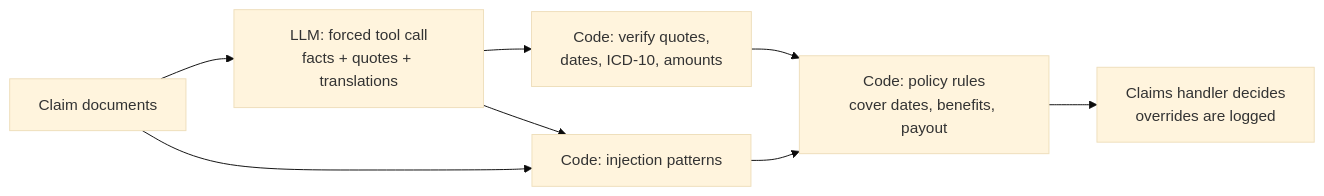
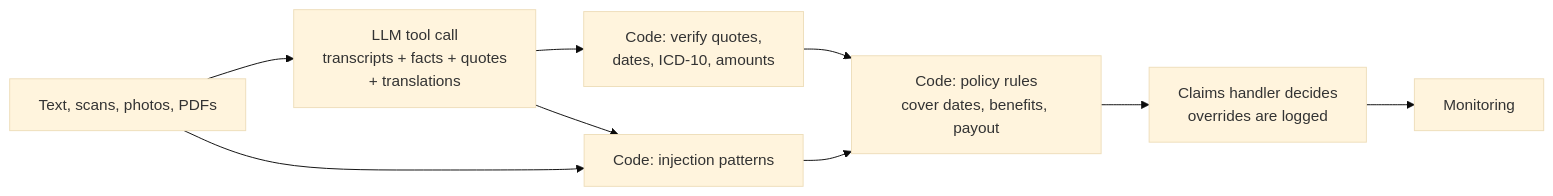
One commit to sanzharsagyn/claim-triage-desk changed the diagram in README.md. Above: the diagram before and after it, drawn with Mermaid (base theme). The commit also changed other lines of this file and 27 other files, not shown here.

````diff
--- a/README.md
+++ b/README.md
@@ -19,10 +22,11 @@
 ```mermaid
 flowchart LR
-  D[Claim documents] --> M["LLM: forced tool call<br/>facts + quotes + translations"]
+  D[Text, scans, photos, PDFs] --> M["LLM tool call<br/>transcripts + facts + quotes<br/>+ translations"]
   M --> V["Code: verify quotes,<br/>dates, ICD-10, amounts"]
   D --> S["Code: injection patterns"]
   M --> S
   V --> R["Code: policy rules<br/>cover dates, benefits, payout"]
   S --> R
   R --> H[Claims handler decides<br/>overrides are logged]
+  H --> O[Monitoring]
 ```
````
